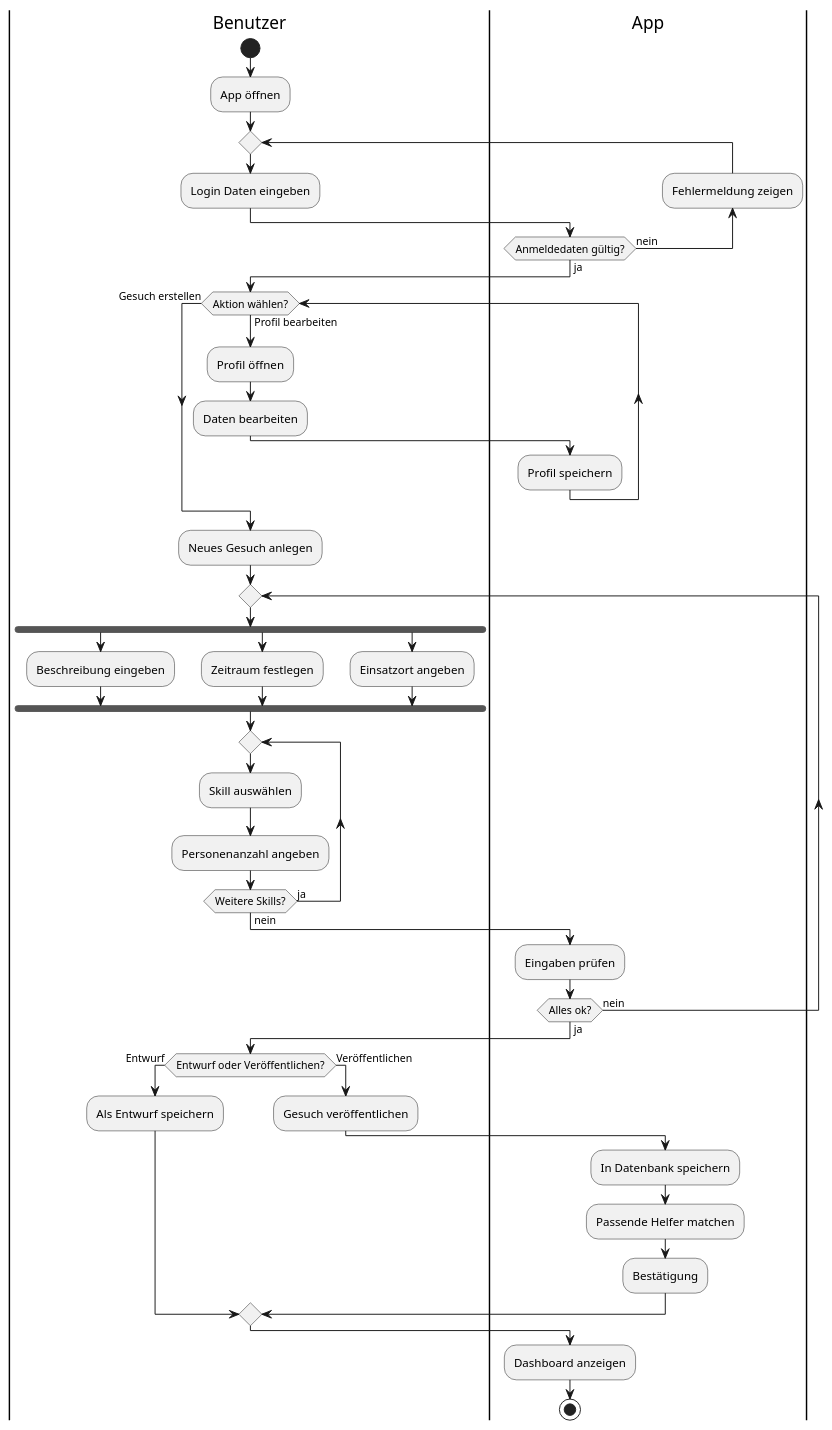
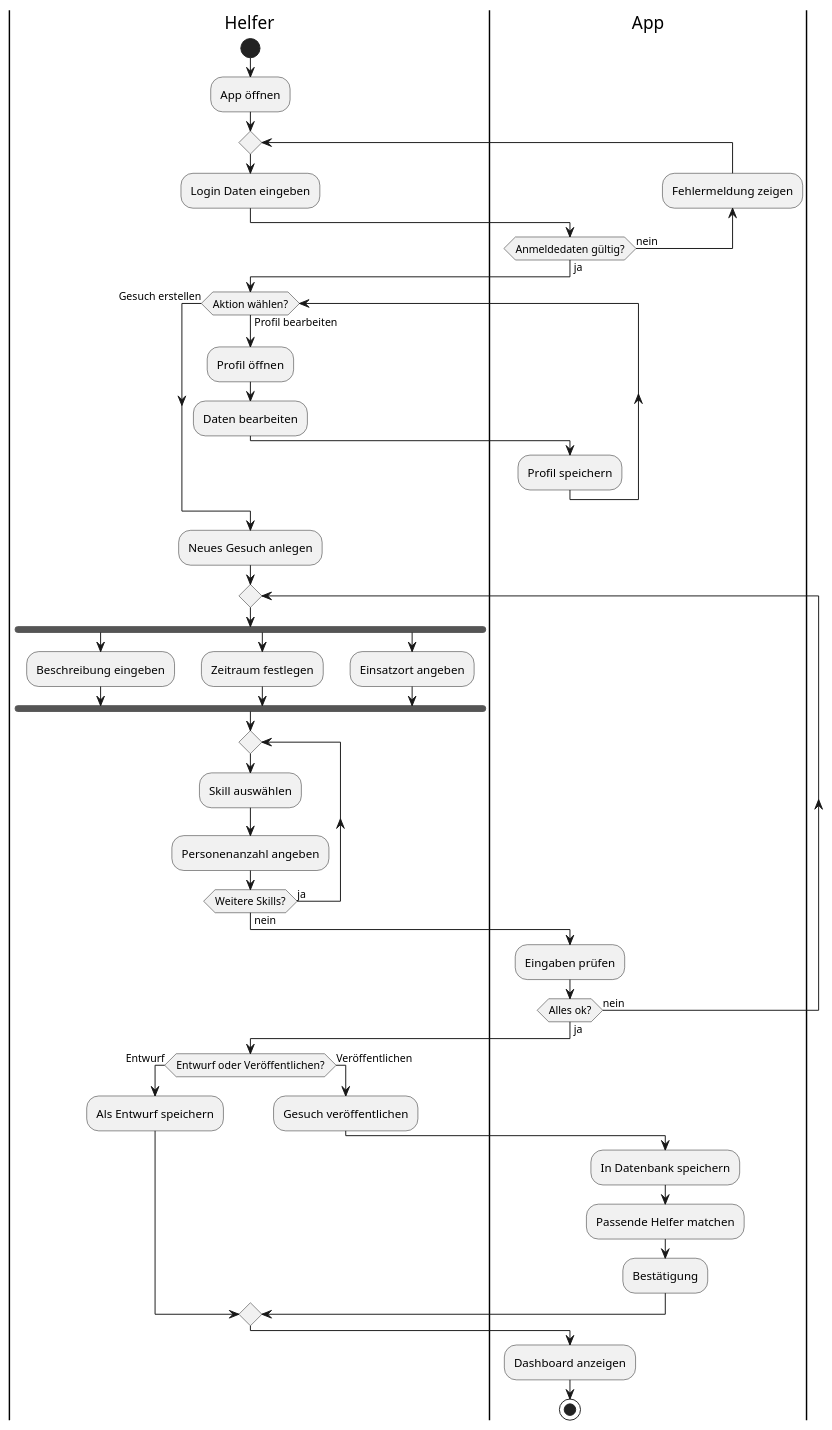
The diagram in Aktivitätsdiagramm_Mit_Aktivitätsbereichen.puml (pxrzivaldev/TeamProjektUML), drawn with PlantUML before and after one commit.

Commit message:
HelferstattBenutzer

```diff
--- a/Aktivitätsdiagramm_Mit_Aktivitätsbereichen.puml
+++ b/Aktivitätsdiagramm_Mit_Aktivitätsbereichen.puml
@@ -1,59 +1,59 @@
 @startuml Aktivitätsdiagramm
 
-|Benutzer|
+|Helfer|
 start
 :App öffnen;
 
 repeat
   :Login Daten eingeben;
 |App|
   backward :Fehlermeldung zeigen;
 repeat while (Anmeldedaten gültig?) is (nein) not (ja)
 
-|Benutzer|
+|Helfer|
 while (Aktion wählen?) is (Profil bearbeiten)
   :Profil öffnen;
   :Daten bearbeiten;
 |App|
   :Profil speichern;
-|Benutzer|
+|Helfer|
 endwhile (Gesuch erstellen)
 
 :Neues Gesuch anlegen;
 
 repeat
 
   fork
     :Beschreibung eingeben;
   fork again
     :Zeitraum festlegen;
   fork again
     :Einsatzort angeben;
   end fork
 
   repeat
     :Skill auswählen;
     :Personenanzahl angeben;
   repeat while (Weitere Skills?) is (ja) not (nein)
 
 |App|
   :Eingaben prüfen;
 repeat while (Alles ok?) is (nein) not (ja)
 
-|Benutzer|
+|Helfer|
 if (Entwurf oder Veröffentlichen?) then (Entwurf)
   :Als Entwurf speichern;
-|Benutzer|
+|Helfer|
 else (Veröffentlichen)
   :Gesuch veröffentlichen;
 |App|
   :In Datenbank speichern;
   :Passende Helfer matchen;
   :Bestätigung;
 endif
 
 :Dashboard anzeigen;
 
 stop
 
 @enduml
```
